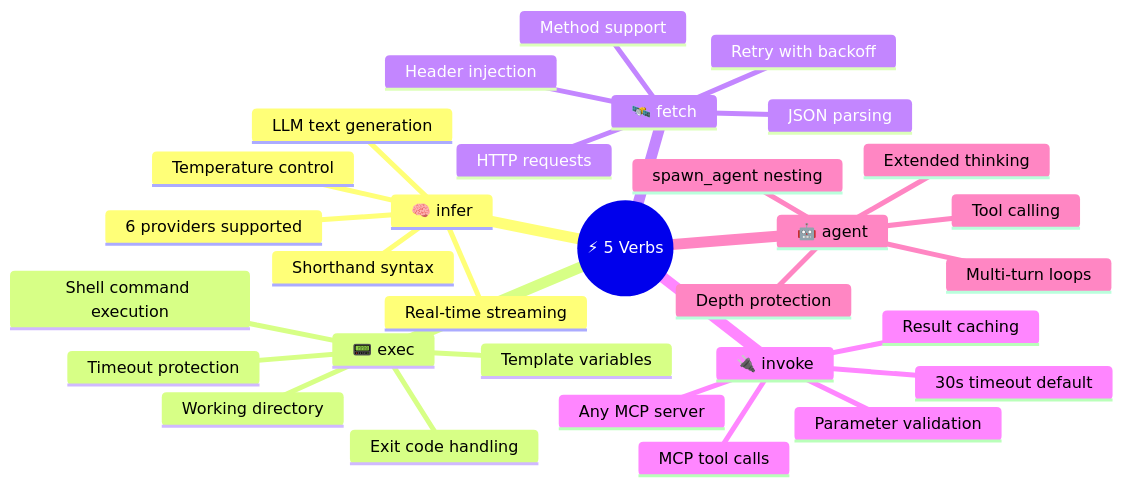
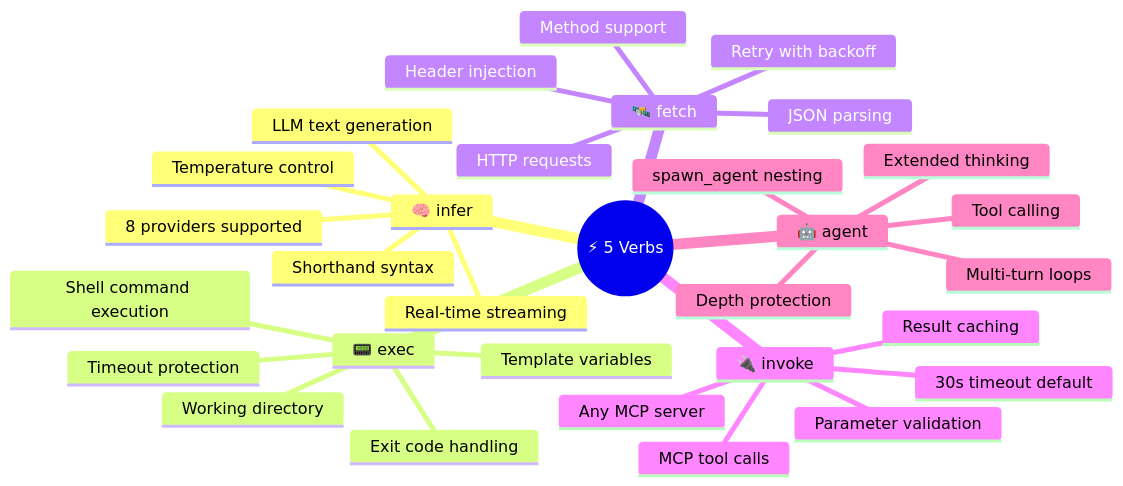
One commit to supernovae-st/nika changed the sixth of 13 diagrams in README.md. Above: the diagram before and after it, drawn with Mermaid. The commit also changed other lines of this file, not shown here.

````diff
--- a/README.md
+++ b/README.md
@@ -687,34 +692,34 @@
 ```mermaid
 mindmap
   root((⚡ 5 Verbs))
     🧠 infer
       LLM text generation
-      6 providers supported
+      8 providers supported
       Real-time streaming
       Shorthand syntax
       Temperature control
     📟 exec
       Shell command execution
       Timeout protection
       Template variables
       Exit code handling
       Working directory
     🛰️ fetch
       HTTP requests
       Retry with backoff
       JSON parsing
       Header injection
       Method support
     🔌 invoke
       MCP tool calls
       Any MCP server
       30s timeout default
       Parameter validation
       Result caching
     🤖 agent
       Multi-turn loops
       Tool calling
       spawn_agent nesting
       Extended thinking
       Depth protection
 ```
````
